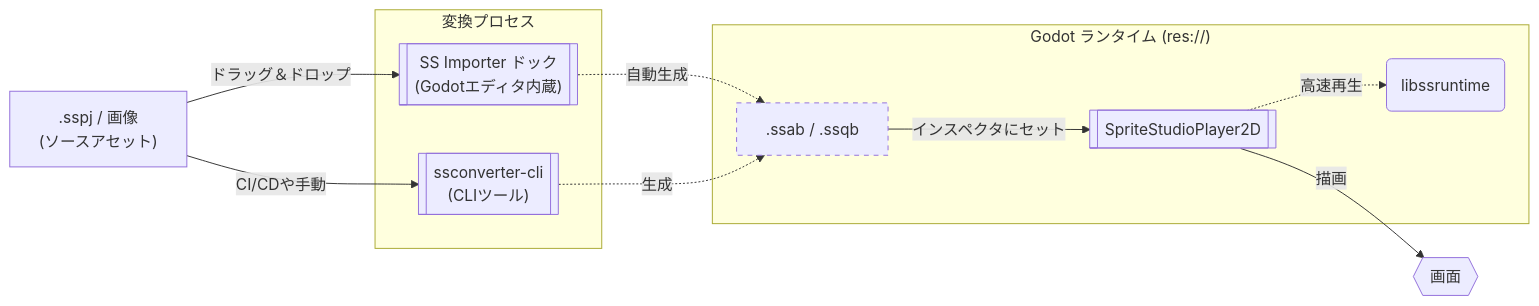
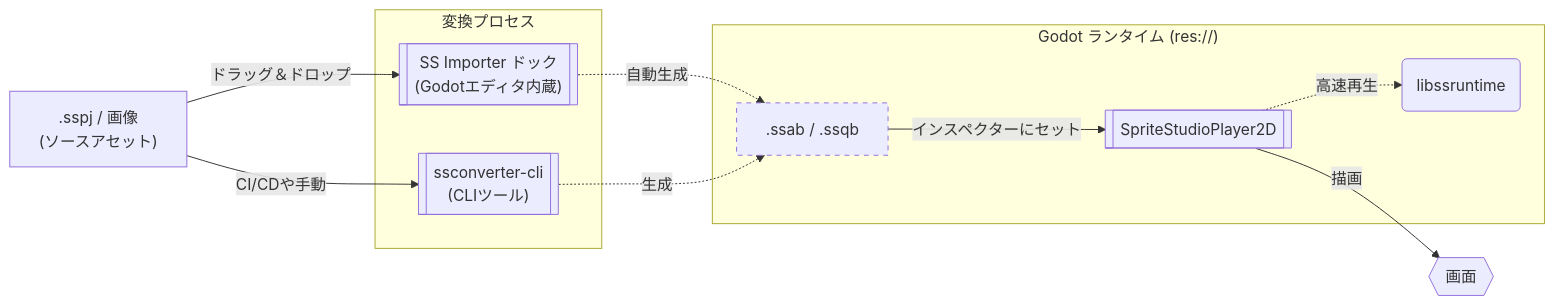
One commit to SpriteStudio/SSPlayerForGodot changed the diagram in docs/ja/index.md. Above: the diagram before and after it, drawn with Mermaid. The commit also changed other lines of this file and 8 other files, not shown here.

````diff
--- a/docs/ja/index.md
+++ b/docs/ja/index.md
@@ -60,27 +60,27 @@
 ```mermaid
 graph LR
     SS[" .sspj / 画像<br>(ソースアセット) "]
 
     subgraph Convert ["変換プロセス"]
         DOCK[[" SS Importer ドック<br>(Godotエディタ内蔵) "]]
         CLI[[" ssconverter-cli<br>(CLIツール) "]]
     end
 
     subgraph Godot ["Godot ランタイム (res://)"]
         BIN[" .ssab / .ssqb "]
         NODE[[ SpriteStudioPlayer2D ]]
         RT(" libssruntime ")
     end
 
     SS -- "ドラッグ＆ドロップ" --> DOCK
     SS -- "CI/CDや手動" --> CLI
     DOCK -. "自動生成" .-> BIN
     CLI -. "生成" .-> BIN
     
-    BIN -- "インスペクタにセット" --> NODE
+    BIN -- "インスペクターにセット" --> NODE
     NODE -. "高速再生" .-> RT
     NODE -- "描画" --> RENDER{{" 画面 "}}
 
     classDef generated stroke-dasharray: 5 5;
     class BIN generated;
 ```
````
